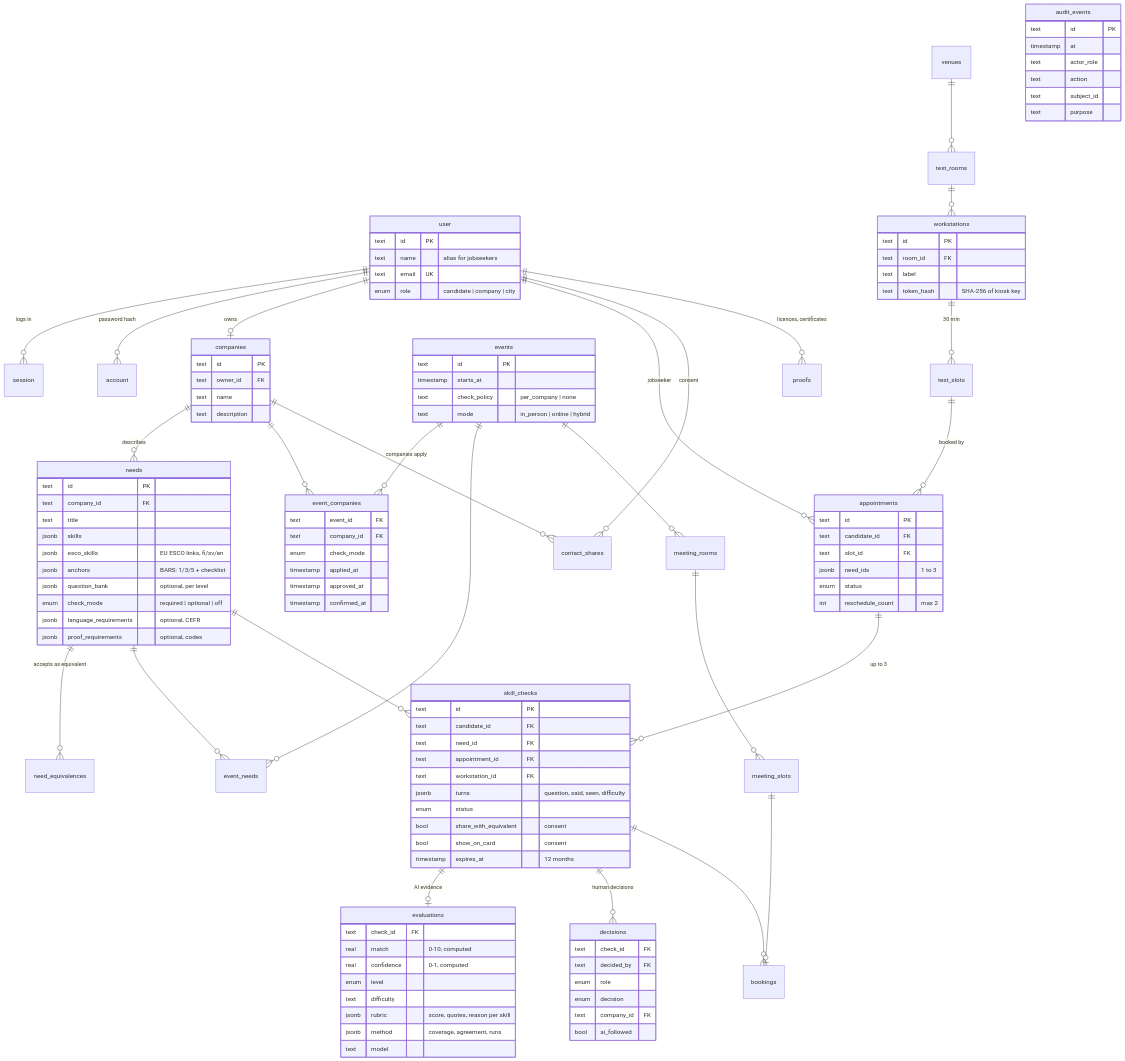
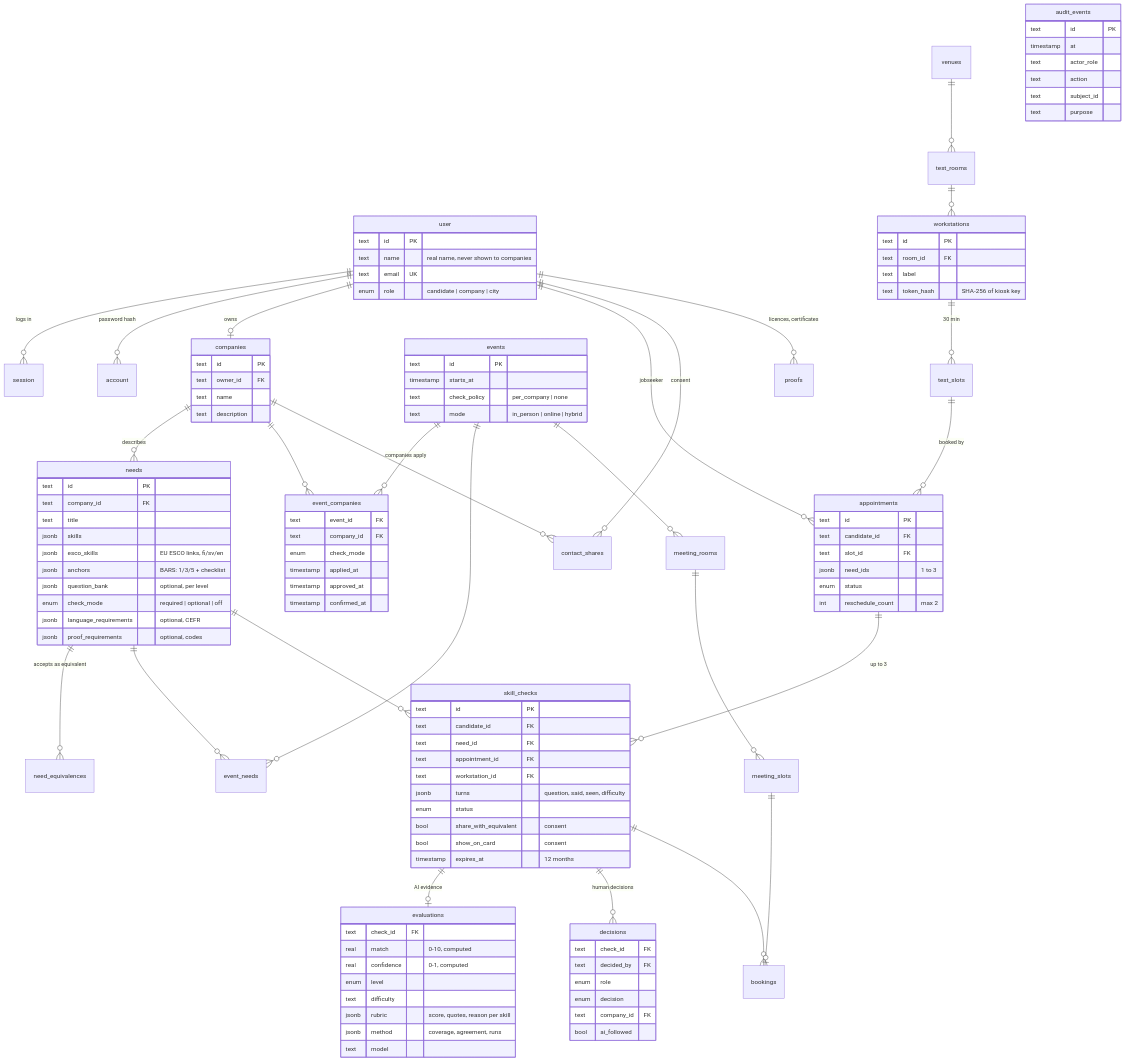
One commit to Sairanyx/skill-check changed the diagram in docs/DATABASE.md. Above: the diagram before and after it, drawn with Mermaid. The commit also changed 2 other files, not shown here.

Commit message:
Show jobseekers their real name, companies still see an alias

```diff
--- a/docs/DATABASE.md
+++ b/docs/DATABASE.md
@@ -46,7 +46,7 @@
 
   user {
     text id PK
-    text name "alias for jobseekers"
+    text name "real name, never shown to companies"
     text email UK
     enum role "candidate | company | city"
   }
```
